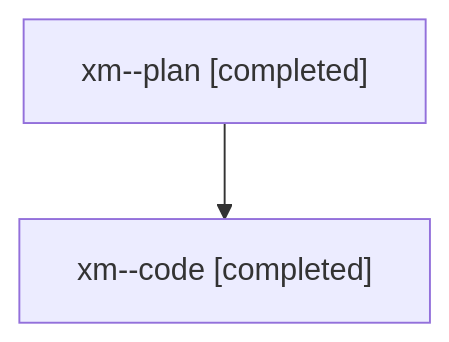
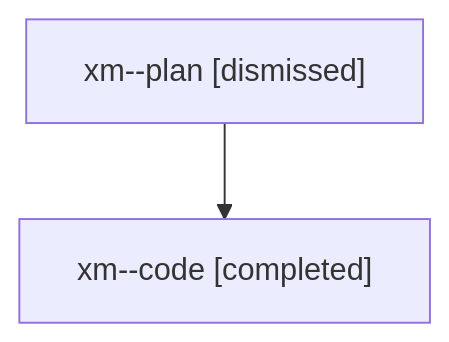
Before and after one commit to sase-org/sase--agents: the diagram in families/bbugyi200.athena.xm.md, drawn with Mermaid. The commit also changed other lines of this file and 1973 other files, not shown here.

````diff
--- a/families/bbugyi200.athena.xm.md
+++ b/families/bbugyi200.athena.xm.md
@@ -9,6 +9,6 @@
 ```mermaid
 flowchart TD
-  n0["xm--plan [completed]"]
+  n0["xm--plan [dismissed]"]
   n1["xm--code [completed]"]
   n0 --> n1
 ```
````
